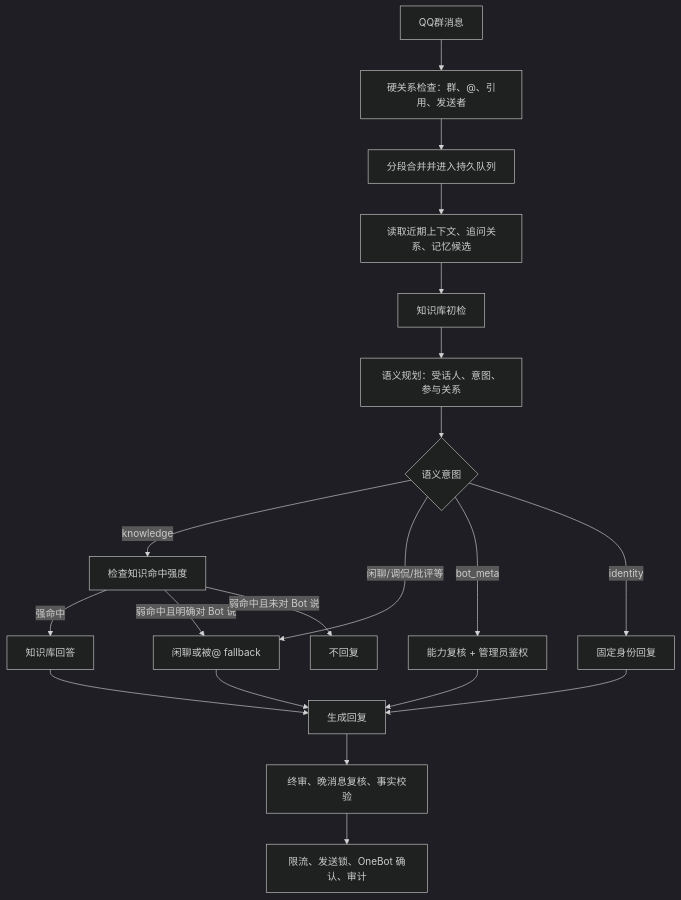
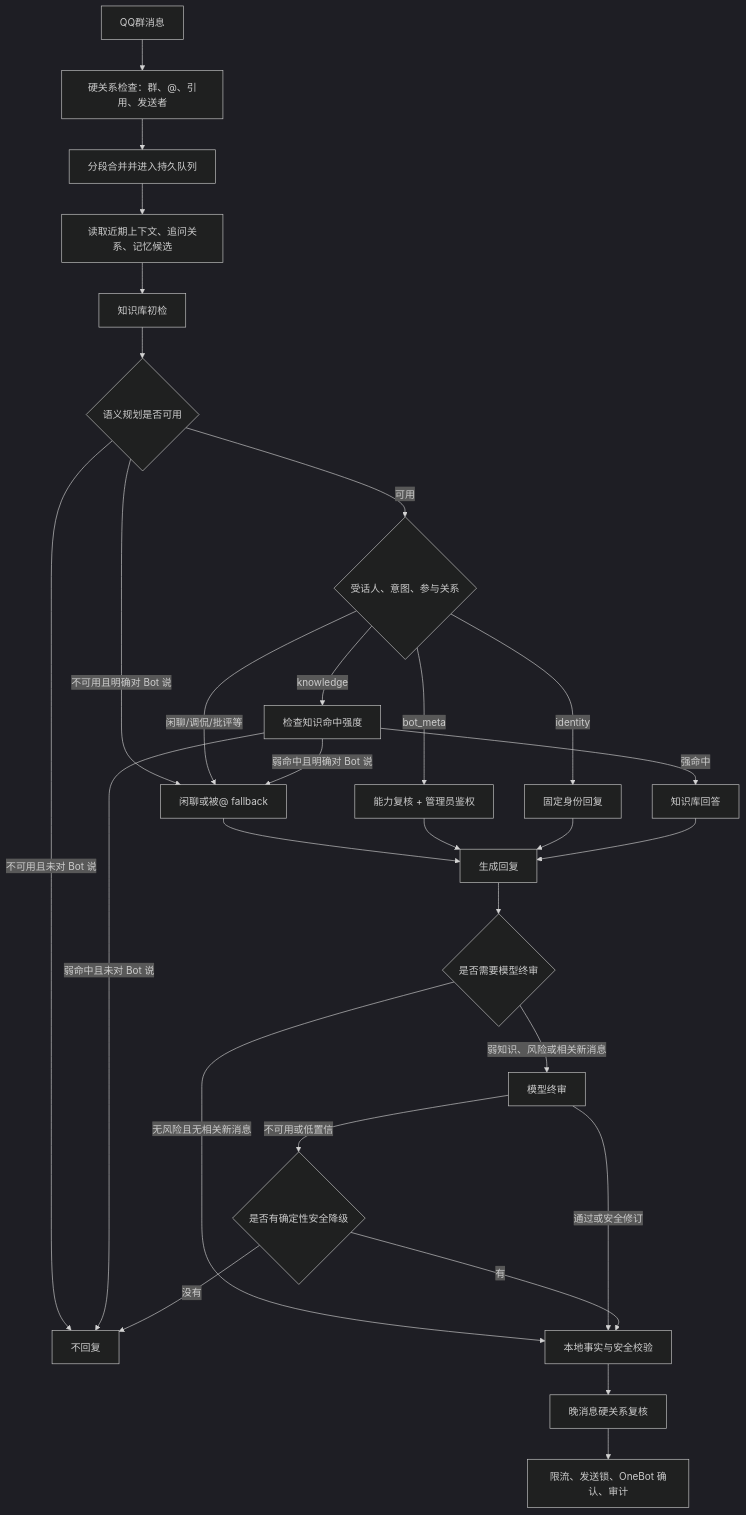
The first of 2 diagrams in docs/message-routing-and-queue.md (ghd7301/QQbot-SquadGroup), drawn with Mermaid (dark theme) before and after one commit. The commit also changed other lines of this file and 3 other files, not shown here.

````diff
--- a/docs/message-routing-and-queue.md
+++ b/docs/message-routing-and-queue.md
@@ -9,22 +9,31 @@
 ```mermaid
 flowchart TD
     A["QQ群消息"] --> B["硬关系检查：群、@、引用、发送者"]
     B --> C["分段合并并进入持久队列"]
     C --> D["读取近期上下文、追问关系、记忆候选"]
     D --> E["知识库初检"]
-    E --> F["语义规划：受话人、意图、参与关系"]
-    F --> G{"语义意图"}
+    E --> F{"语义规划是否可用"}
+    F -->|可用| G{"受话人、意图、参与关系"}
+    F -->|不可用且明确对 Bot 说| I["受保护 fallback"]
+    F -->|不可用且未对 Bot 说| M["不回复"]
     G -->|knowledge| H["检查知识命中强度"]
     G -->|闲聊/调侃/批评等| I["闲聊或被@ fallback"]
     G -->|bot_meta| J["能力复核 + 管理员鉴权"]
     G -->|identity| K["固定身份回复"]
     H -->|强命中| L["知识库回答"]
     H -->|弱命中且明确对 Bot 说| I
     H -->|弱命中且未对 Bot 说| M["不回复"]
     I --> N["生成回复"]
     J --> N
     K --> N
     L --> N
-    N --> O["终审、晚消息复核、事实校验"]
-    O --> P["限流、发送锁、OneBot 确认、审计"]
+    N --> O{"是否需要模型终审"}
+    O -->|无风险且无相关新消息| P["本地事实与安全校验"]
+    O -->|弱知识、风险或相关新消息| Q["模型终审"]
+    Q -->|通过或安全修订| P
+    Q -->|不可用或低置信| R{"是否有确定性安全降级"}
+    R -->|有| P
+    R -->|没有| M
+    P --> S["晚消息硬关系复核"]
+    S --> T["限流、发送锁、OneBot 确认、审计"]
 ```
````
